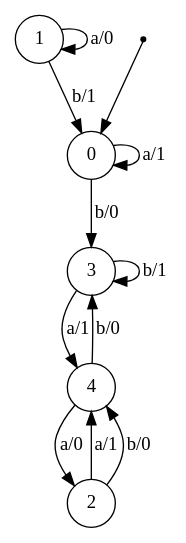
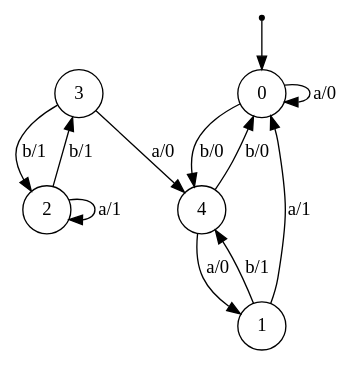
The diagram in FSMs_visuals/fsm3.dot (gaellinkeu/RNN-for-Mealy-Machines), drawn with Graphviz before and after one commit. The commit also changed 369 other files, not shown here.

```diff
--- a/FSMs_visuals/fsm3.dot
+++ b/FSMs_visuals/fsm3.dot
@@ -1,29 +1,29 @@
 digraph fsm{
 	s_0 [label="0" shape="circle"]
 	s_1 [label="1" shape="circle"]
 	s_2 [label="2" shape="circle"]
 	s_3 [label="3" shape="circle"]
 	s_4 [label="4" shape="circle"]
 	qi [shape = point]
 	qi -> s_0
 	
-	s_0 -> s_0 [label="a/1"]
+	s_4 -> s_0 [label="b/0"]
 	
-	s_0 -> s_3 [label="b/0"]
+	s_4 -> s_1 [label="a/0"]
 	
-	s_1 -> s_1 [label="a/0"]
+	s_1 -> s_4 [label="b/1"]
 	
-	s_1 -> s_0 [label="b/1"]
+	s_3 -> s_4 [label="a/0"]
 	
-	s_2 -> s_4 [label="a/1"]
+	s_0 -> s_4 [label="b/0"]
 	
-	s_2 -> s_4 [label="b/0"]
+	s_3 -> s_2 [label="b/1"]
 	
-	s_3 -> s_4 [label="a/1"]
+	s_1 -> s_0 [label="a/1"]
 	
-	s_3 -> s_3 [label="b/1"]
+	s_2 -> s_2 [label="a/1"]
 	
-	s_4 -> s_2 [label="a/0"]
+	s_0 -> s_0 [label="a/0"]
 	
-	s_4 -> s_3 [label="b/0"]
+	s_2 -> s_3 [label="b/1"]
 }
```
